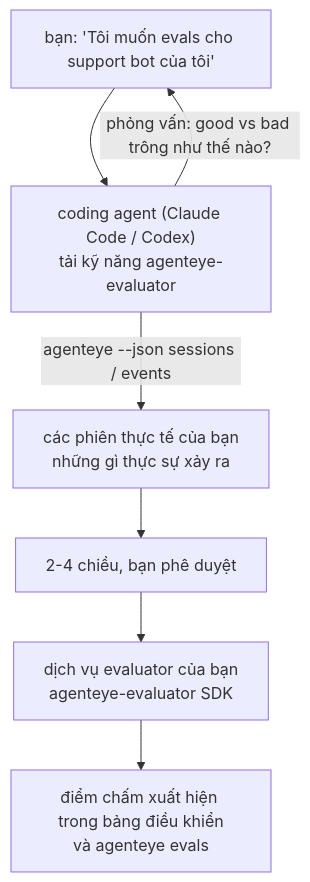
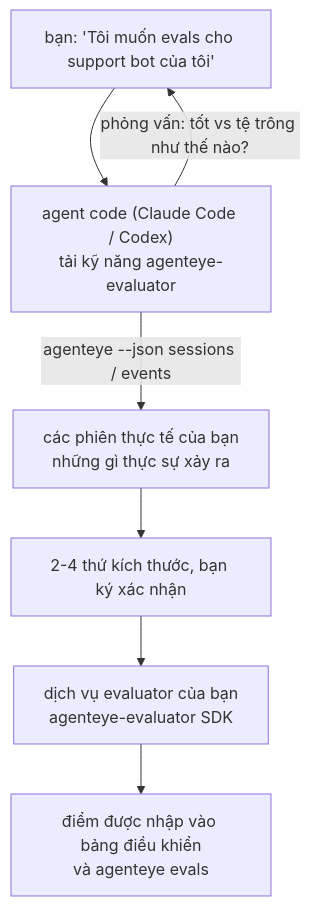
The diagram in docs/vi/agenteye/evaluator-skill.mdx (FailproofAI/failproofai), drawn with Mermaid before and after one commit. The commit also changed other lines of this file and 677 other files, not shown here.

````diff
--- a/docs/vi/agenteye/evaluator-skill.mdx
+++ b/docs/vi/agenteye/evaluator-skill.mdx
@@ -21,9 +20,9 @@
 ```mermaid
 flowchart TD
-    YOU["bạn: 'Tôi muốn evals cho support bot của tôi'"] --> AGENT["coding agent (Claude Code / Codex)<br/>tải kỹ năng agenteye-evaluator"]
-    AGENT -->|"phỏng vấn: good vs bad trông như thế nào?"| YOU
+    YOU["bạn: 'Tôi muốn evals cho support bot của tôi'"] --> AGENT["agent code (Claude Code / Codex)<br/>tải kỹ năng agenteye-evaluator"]
+    AGENT -->|"phỏng vấn: tốt vs tệ trông như thế nào?"| YOU
     AGENT -->|"agenteye --json sessions / events"| DATA["các phiên thực tế của bạn<br/>những gì thực sự xảy ra"]
-    DATA --> DIMS["2-4 chiều, bạn phê duyệt"]
+    DATA --> DIMS["2-4 thứ kích thước, bạn ký xác nhận"]
     DIMS --> SVC["dịch vụ evaluator của bạn<br/>agenteye-evaluator SDK"]
-    SVC --> SCORES["điểm chấm xuất hiện trong bảng điều khiển<br/>và agenteye evals"]
+    SVC --> SCORES["điểm được nhập vào bảng điều khiển<br/>và agenteye evals"]
 ```
````
